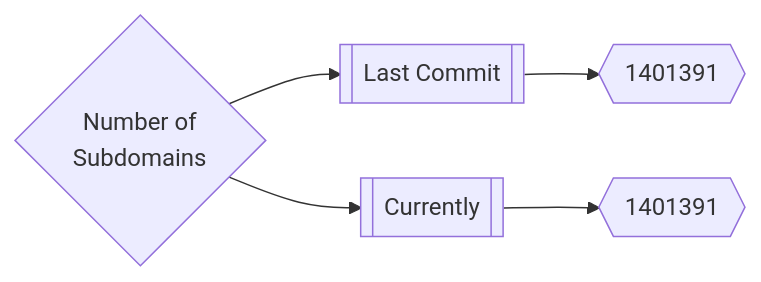
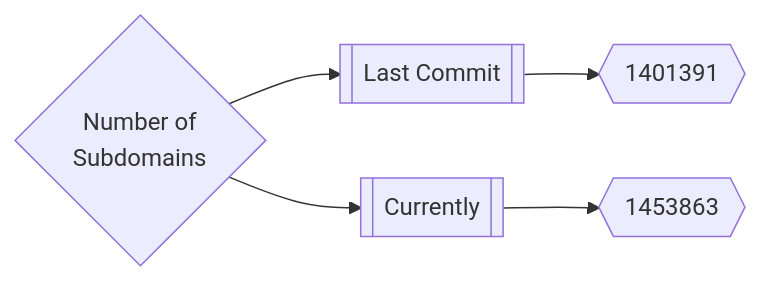
Before and after one commit to trickest/inventory: the first of 3 diagrams in README.md, drawn with Mermaid. The commit also changed 59 other files, not shown here.

````diff
--- a/README.md
+++ b/README.md
@@ -165,5 +165,5 @@
 ```mermaid
 graph LR
 title{Number of<br>Subdomains} --> subdomainsDate1[[Last Commit]] --> subdomainsNum1{{1401391}}
-title --> subdomainsDate2[[Currently]] --> subdomainsNum2{{1401391}}
+title --> subdomainsDate2[[Currently]] --> subdomainsNum2{{1453863}}
 ```
````
